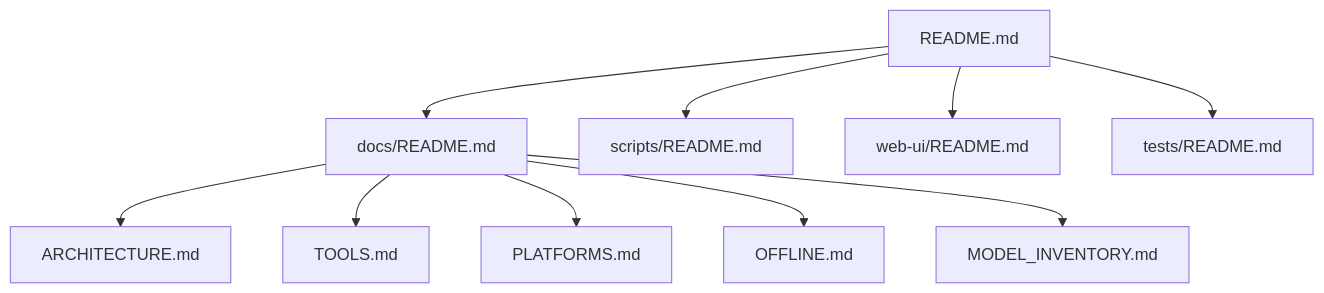
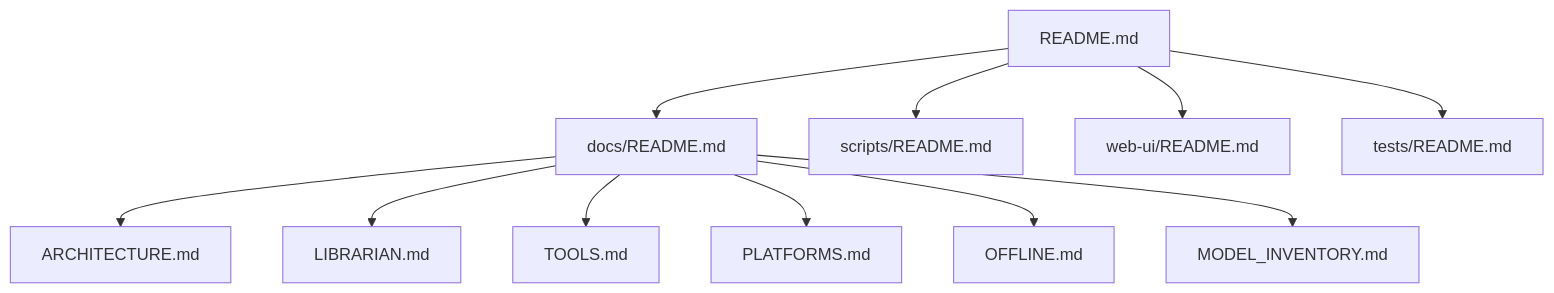
Before and after one commit to mvalancy/val-ark: the diagram in docs/README.md, drawn with Mermaid. The commit also changed other lines of this file and 13 other files, not shown here.

````diff
--- a/docs/README.md
+++ b/docs/README.md
@@ -7,13 +9,14 @@
 ```mermaid
 graph TD
     ROOT[README.md] --> DOCS[docs/README.md]
     ROOT --> SCRIPTS[scripts/README.md]
     ROOT --> WEBUI[web-ui/README.md]
     ROOT --> TESTS[tests/README.md]
 
     DOCS --> ARCH[ARCHITECTURE.md]
+    DOCS --> LIB[LIBRARIAN.md]
     DOCS --> TOOLS[TOOLS.md]
     DOCS --> PLAT[PLATFORMS.md]
     DOCS --> OFFLINE[OFFLINE.md]
     DOCS --> MODEL[MODEL_INVENTORY.md]
 ```
````
